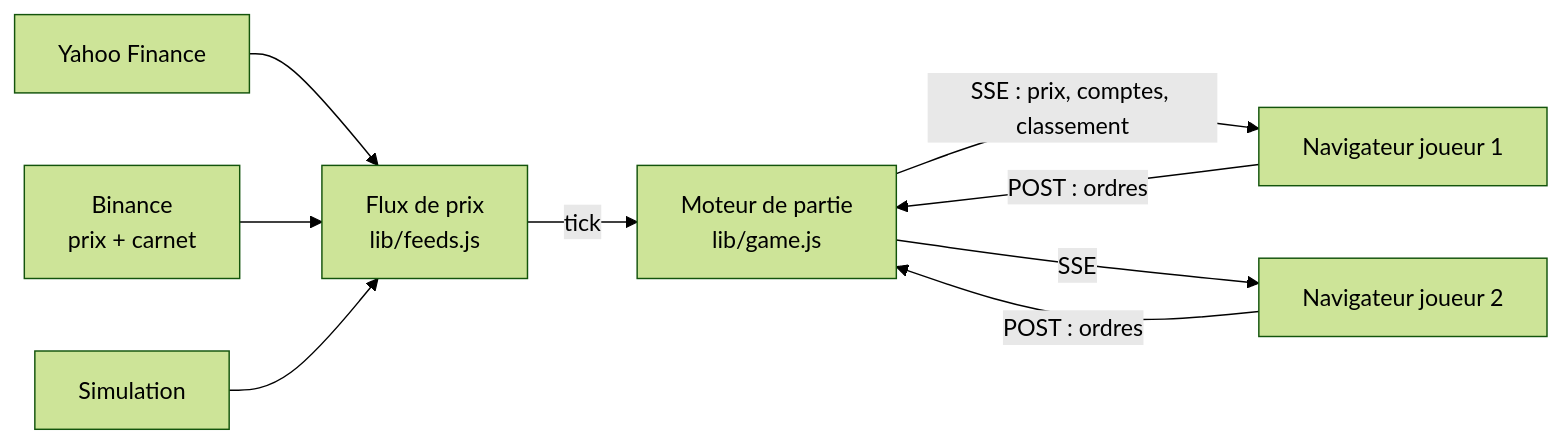
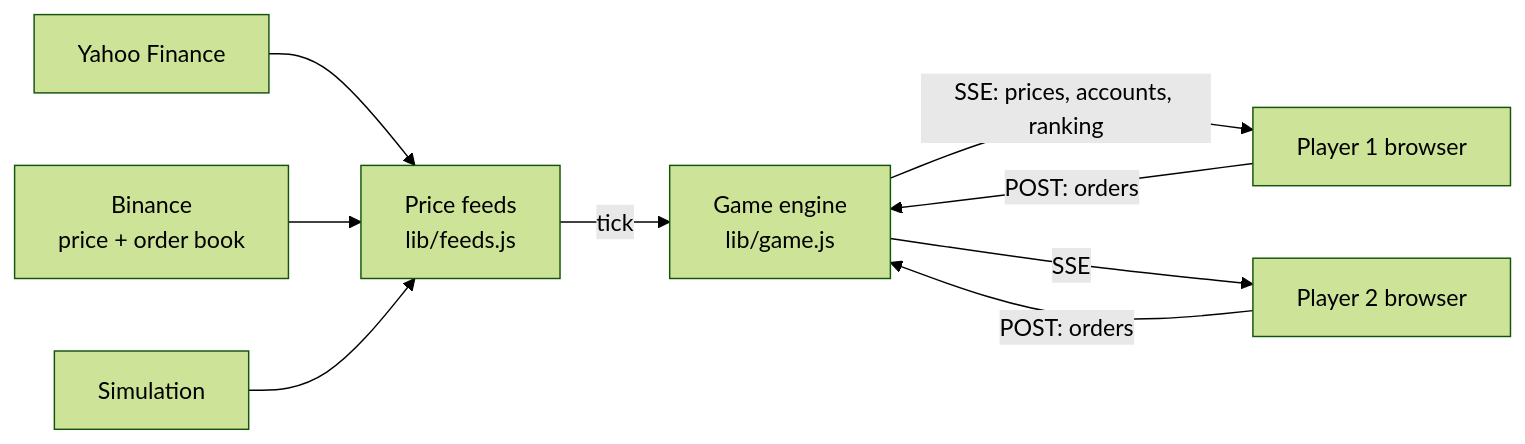
Before and after one commit to lacostetheo/Duel-Trading: the diagram in README.md, drawn with Mermaid (forest theme). The commit also changed other lines of this file and 17 other files, not shown here.

````diff
--- a/README.md
+++ b/README.md
@@ -47,11 +45,11 @@
 ```mermaid
 flowchart LR
-  Y[Yahoo Finance] --> F[Flux de prix<br/>lib/feeds.js]
-  B[Binance<br/>prix + carnet] --> F
+  Y[Yahoo Finance] --> F[Price feeds<br/>lib/feeds.js]
+  B[Binance<br/>price + order book] --> F
   S[Simulation] --> F
-  F -->|tick| G[Moteur de partie<br/>lib/game.js]
-  G -->|SSE : prix, comptes, classement| C1[Navigateur joueur 1]
-  G -->|SSE| C2[Navigateur joueur 2]
-  C1 -->|POST : ordres| G
-  C2 -->|POST : ordres| G
+  F -->|tick| G[Game engine<br/>lib/game.js]
+  G -->|SSE: prices, accounts, ranking| C1[Player 1 browser]
+  G -->|SSE| C2[Player 2 browser]
+  C1 -->|POST: orders| G
+  C2 -->|POST: orders| G
 ```
````
